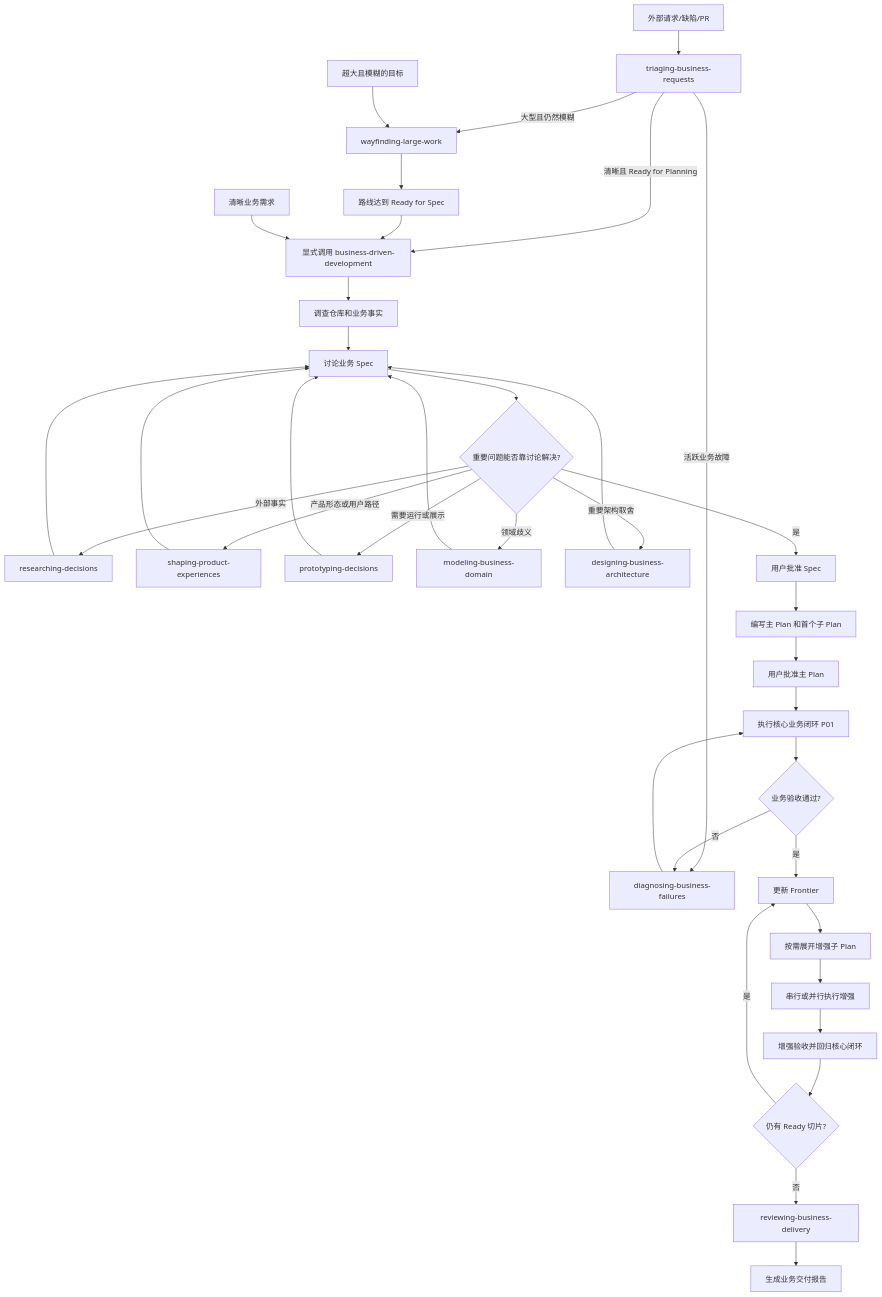
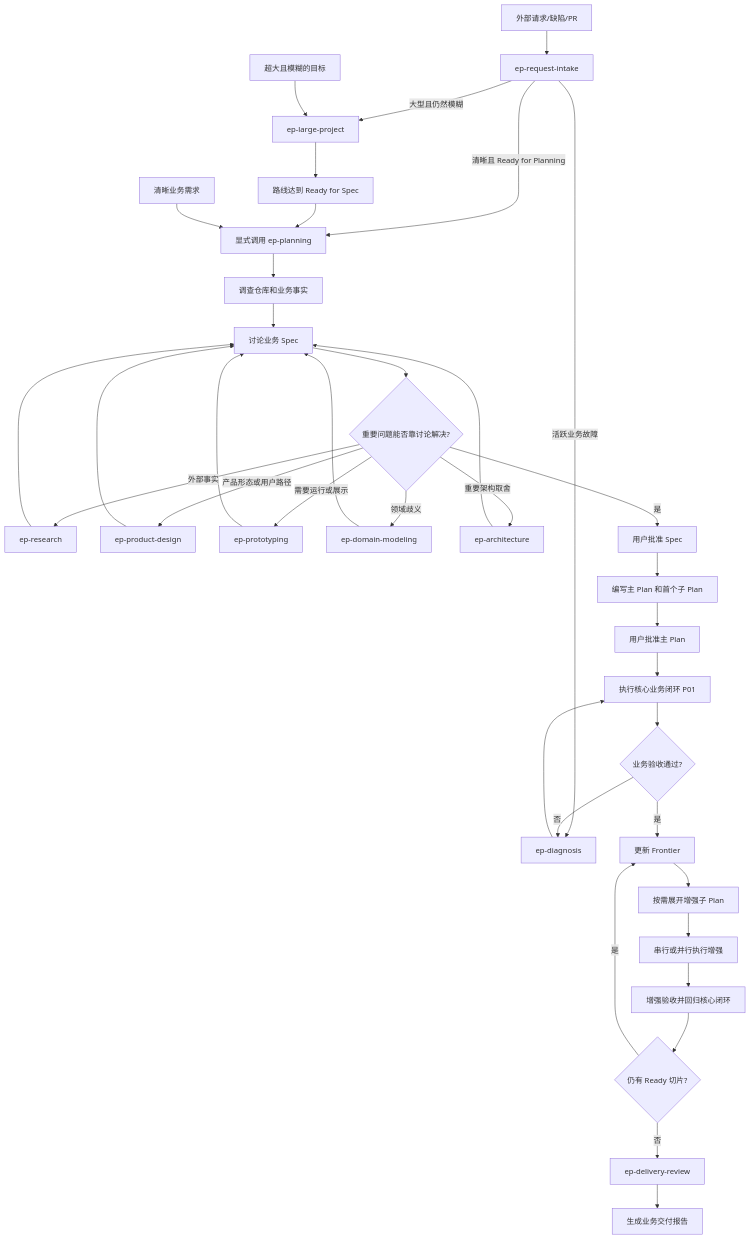
One commit to JeckChen666/Easypower changed the diagram in SKILL-WORKFLOW.md. Above: the diagram before and after it, drawn with Mermaid. The commit also changed other lines of this file and 128 other files, not shown here.

````diff
--- a/SKILL-WORKFLOW.md
+++ b/SKILL-WORKFLOW.md
@@ -25,39 +25,39 @@
 ```mermaid
 flowchart TD
-    R[外部请求/缺陷/PR] --> T[triaging-business-requests]
+    R[外部请求/缺陷/PR] --> T[ep-request-intake]
     T -- 清晰且 Ready for Planning --> B
     T -- 大型且仍然模糊 --> W
     T -- 活跃业务故障 --> K
-    Z[超大且模糊的目标] --> W[wayfinding-large-work]
+    Z[超大且模糊的目标] --> W[ep-large-project]
     W --> A[路线达到 Ready for Spec]
-    A --> B[显式调用 business-driven-development]
+    A --> B[显式调用 ep-planning]
     Y[清晰业务需求] --> B
     B --> B1[调查仓库和业务事实]
     B1 --> C[讨论业务 Spec]
     C --> D{重要问题能否靠讨论解决?}
-    D -- 外部事实 --> E[researching-decisions]
-    D -- 产品形态或用户路径 --> E5[shaping-product-experiences]
-    D -- 需要运行或展示 --> E3[prototyping-decisions]
-    D -- 领域歧义 --> E4[modeling-business-domain]
-    D -- 重要架构取舍 --> E2[designing-business-architecture]
+    D -- 外部事实 --> E[ep-research]
+    D -- 产品形态或用户路径 --> E5[ep-product-design]
+    D -- 需要运行或展示 --> E3[ep-prototyping]
+    D -- 领域歧义 --> E4[ep-domain-modeling]
+    D -- 重要架构取舍 --> E2[ep-architecture]
     E --> C
     E5 --> C
     E3 --> C
     E4 --> C
     E2 --> C
     D -- 是 --> F[用户批准 Spec]
     F --> G[编写主 Plan 和首个子 Plan]
     G --> H[用户批准主 Plan]
     H --> I[执行核心业务闭环 P01]
     I --> J{业务验收通过?}
-    J -- 否 --> K[diagnosing-business-failures]
+    J -- 否 --> K[ep-diagnosis]
     K --> I
     J -- 是 --> L[更新 Frontier]
     L --> M[按需展开增强子 Plan]
     M --> N[串行或并行执行增强]
     N --> O[增强验收并回归核心闭环]
     O --> P{仍有 Ready 切片?}
     P -- 是 --> L
-    P -- 否 --> V[reviewing-business-delivery]
+    P -- 否 --> V[ep-delivery-review]
     V --> Q[生成业务交付报告]
 ```
````
